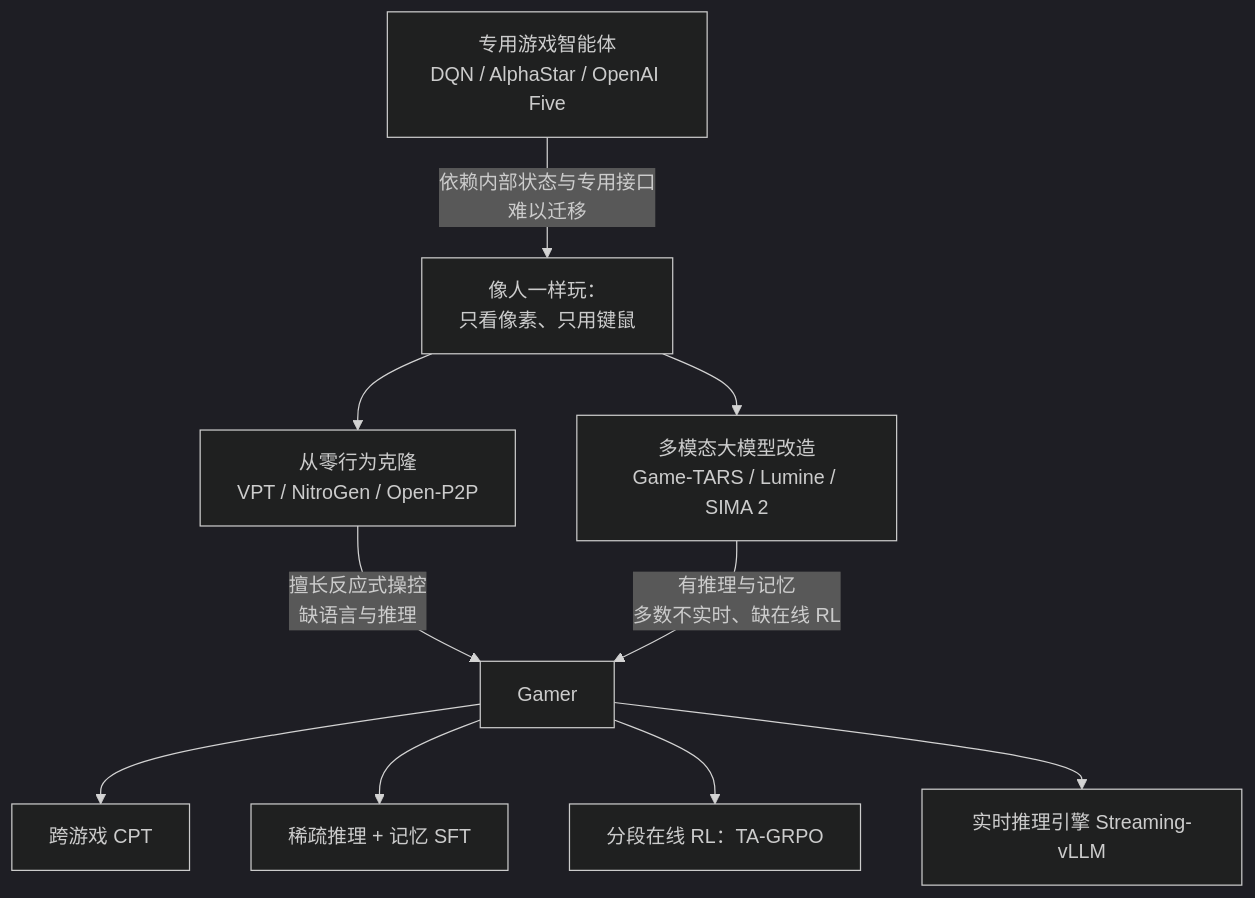
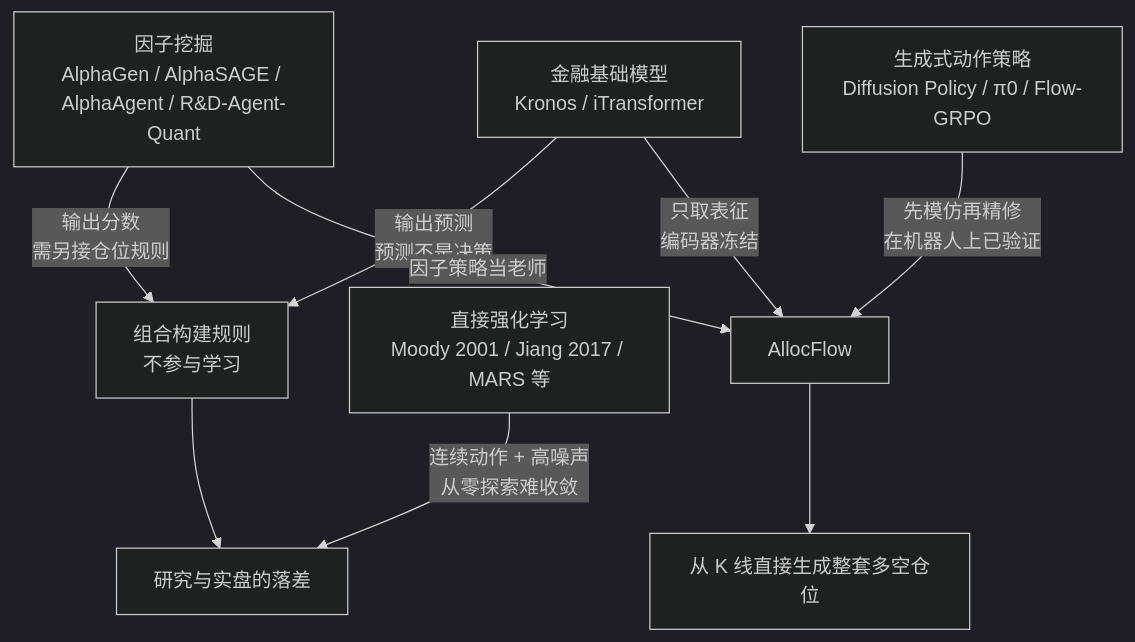
The first of 5 diagrams in docs/index.md (yingwang/paper-reads), drawn with Mermaid (dark theme) before and after one commit. The commit also changed other lines of this file and 2 other files, not shown here.

First line of the commit message:
Add 2026-11-17-allocflow-end-to-end-portfolio-flow-matching

````diff
--- a/docs/index.md
+++ b/docs/index.md
@@ -70,12 +86,11 @@
 ```mermaid
 graph TD
-    A["专用游戏智能体<br/>DQN / AlphaStar / OpenAI Five"] -->|"依赖内部状态与专用接口<br/>难以迁移"| X["像人一样玩：<br/>只看像素、只用键鼠"]
-    X --> B["从零行为克隆<br/>VPT / NitroGen / Open-P2P"]
-    X --> C["多模态大模型改造<br/>Game-TARS / Lumine / SIMA 2"]
-    B -->|"擅长反应式操控<br/>缺语言与推理"| G["Gamer"]
-    C -->|"有推理与记忆<br/>多数不实时、缺在线 RL"| G
-    G --> G1["跨游戏 CPT"]
-    G --> G2["稀疏推理 + 记忆 SFT"]
-    G --> G3["分段在线 RL：TA-GRPO"]
-    G --> G4["实时推理引擎 Streaming-vLLM"]
+    A["因子挖掘<br/>AlphaGen / AlphaSAGE / AlphaAgent / R&D-Agent-Quant"] -->|"输出分数<br/>需另接仓位规则"| P["组合构建规则<br/>不参与学习"]
+    K["金融基础模型<br/>Kronos / iTransformer"] -->|"输出预测<br/>预测不是决策"| P
+    P --> X["研究与实盘的落差"]
+    R["直接强化学习<br/>Moody 2001 / Jiang 2017 / MARS 等"] -->|"连续动作 + 高噪声<br/>从零探索难收敛"| X
+    G["生成式动作策略<br/>Diffusion Policy / π0 / Flow-GRPO"] -->|"先模仿再精修<br/>在机器人上已验证"| AF["AllocFlow"]
+    K -->|"只取表征<br/>编码器冻结"| AF
+    A -->|"因子策略当老师"| AF
+    AF --> O["从 K 线直接生成整套多空仓位"]
 ```
````
